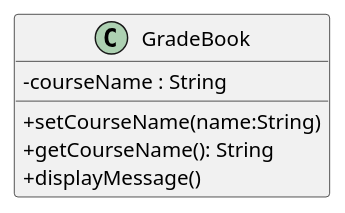
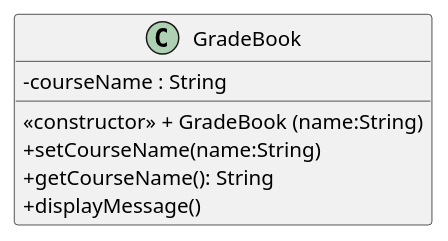
Before and after one commit to marcuswlima/learning: the diagram in c++/Deitel/src/cap03/GradeBook.puml, drawn with PlantUML. The commit also changed 3 other files, not shown here.

```diff
--- a/c++/Deitel/src/cap03/GradeBook.puml
+++ b/c++/Deitel/src/cap03/GradeBook.puml
@@ -1,9 +1,10 @@
 @startuml
 skinparam classAttributeIconSize 0
 class GradeBook {
+  <<constructor>> + GradeBook (name:String)
   - courseName : String
   + setCourseName(name:String)
   + getCourseName(): String
   + displayMessage()
 }
 @enduml
```
